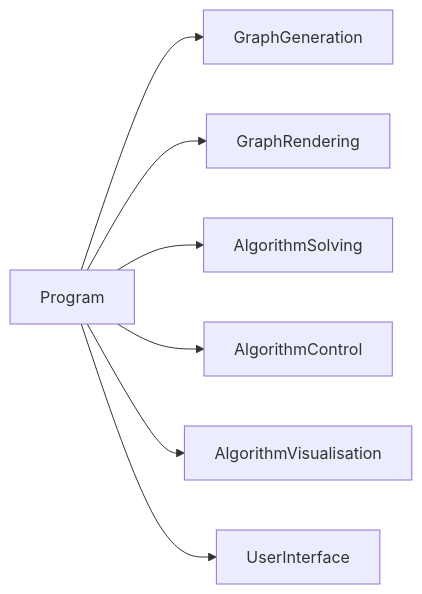
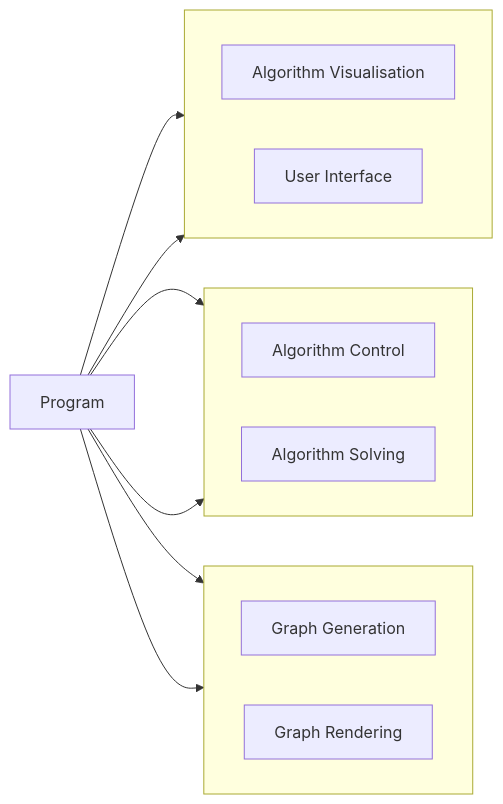
Before and after one commit to NoahMSchool/SwiftPlanets: the first of 9 diagrams in WriteUp/WRITEUP.md, drawn with Mermaid. The commit also changed other lines of this file and 2 other files, not shown here.

Commit message:
formatting mermaid and images

````diff
--- a/WriteUp/WRITEUP.md
+++ b/WriteUp/WRITEUP.md
@@ -475,14 +475,30 @@
 ```mermaid
+flowchart LR
+    Program["Program"]
 
-flowchart LR
+    subgraph Row1[" "]
+        direction LR
+        GraphGeneration["Graph Generation"]
+        GraphRendering["Graph Rendering"]
+    end
+
+    subgraph Row2[" "]
+        direction LR
+        AlgorithmControl["Algorithm Control"]
+        AlgorithmSolving["Algorithm Solving"]
+
+    end
+
+    subgraph Row3[" "]
+        direction LR
+        AlgorithmVisualisation["Algorithm Visualisation"]
+        UserInterface["User Interface"]
+    end
+    
     Program --> GraphGeneration
     Program --> GraphRendering
     Program --> AlgorithmSolving
     Program --> AlgorithmControl
     Program --> AlgorithmVisualisation
     Program --> UserInterface
-
-    %%AlgorithmControl ---> |uses| AlgorithmSolving
-    %%AlgorithmVisualisation ---> |uses| AlgorithmControl
-    %%AlgorithmVisualisation ---> |uses| GraphRendering
 ```
````
